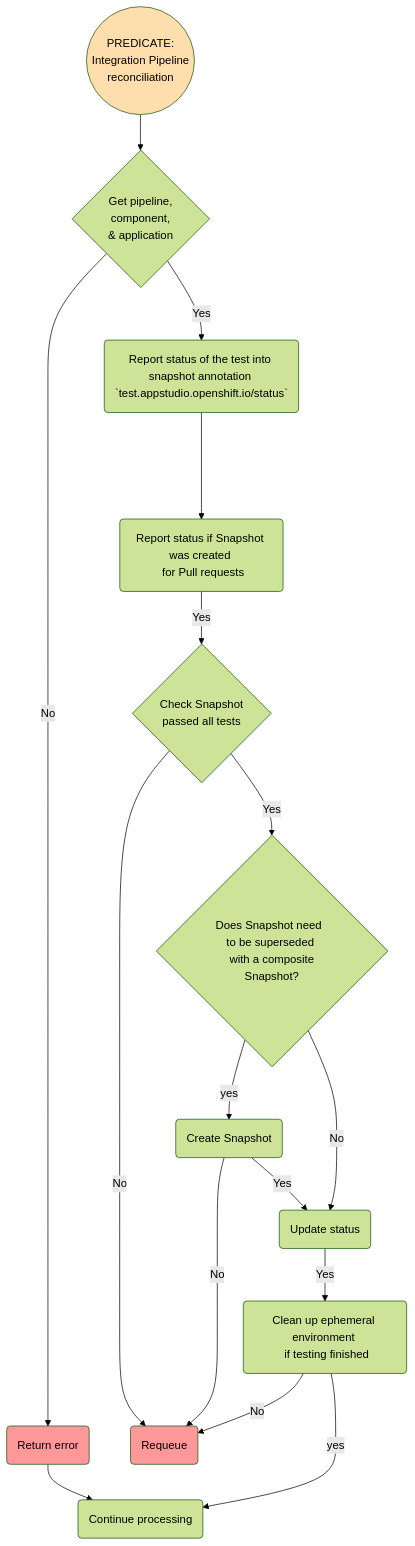
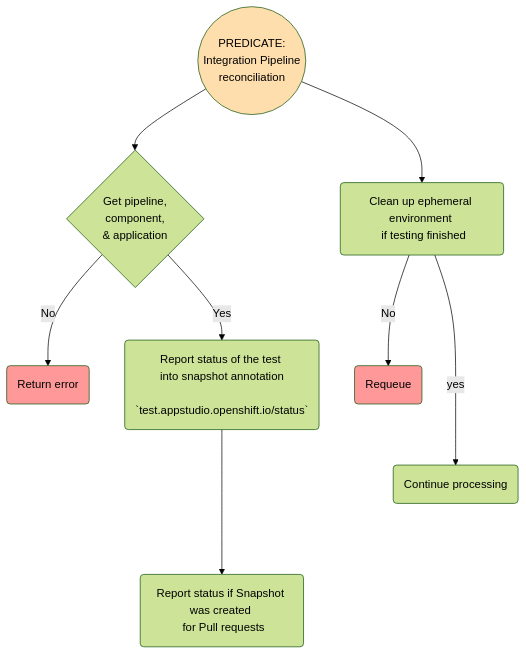
The diagram in docs/integration_pipeline_controller.md (konflux-ci/integration-service), drawn with Mermaid before and after one commit. The commit also changed 8 other files, not shown here.

````diff
--- a/docs/integration_pipeline_controller.md
+++ b/docs/integration_pipeline_controller.md
@@ -3,45 +3,33 @@
 ```mermaid
 
 %%{init: {'theme':'forest'}}%%
 flowchart TD
   %% Defining the styles
   classDef Red fill:#FF9999;
   classDef Amber fill:#FFDEAD;
   classDef Green fill:#BDFFA4;
 
   %% Node definitions
   predicate((PREDICATE: <br>Integration Pipeline <br> reconciliation))
   get_resources{Get pipeline, <br> component, <br> & application}
-  report_status_snapshot(Report status of the test into snapshot annotation `test.appstudio.openshift.io/status`)
+  report_status_snapshot(Report status of the test <br> into snapshot annotation <br> `test.appstudio.openshift.io/status`)
   report_status(Report status if Snapshot was created <br> for Pull requests)
-  check_tests{Check Snapshot <br> passed all tests}
-  check_supersede{Does Snapshot need  <br>to be superseded <br> with a composite Snapshot?}
-  create_snapshot(Create Snapshot)
-  update_status(Update status)
   clean_environment(Clean up ephemeral environment <br> if testing finished)
   error(Return error)
   requeue(Requeue)
   continue(Continue processing)
 
   %% Node connections
   predicate                                   --> get_resources
+  predicate                                   --> clean_environment
   get_resources     --No                      --> error
   get_resources     --Yes                     --> report_status_snapshot
   report_status_snapshot                    ----> report_status
-  report_status     --Yes                     --> check_tests
-  check_tests       --No                      --> requeue
-  check_tests       --Yes                     --> check_supersede
-  check_supersede   --yes                     --> create_snapshot
-  create_snapshot   --No                      --> requeue
-  update_status     --Yes                     --> clean_environment
-  check_supersede   --No                      --> update_status
-  create_snapshot   --Yes                     --> update_status
   clean_environment --No                      --> requeue
   clean_environment --yes                     ---> continue
-  error                                       --> continue
 
   %% Assigning styles to nodes
   class predicate Amber;
   class error,requeue Red;
 
   ```
````
